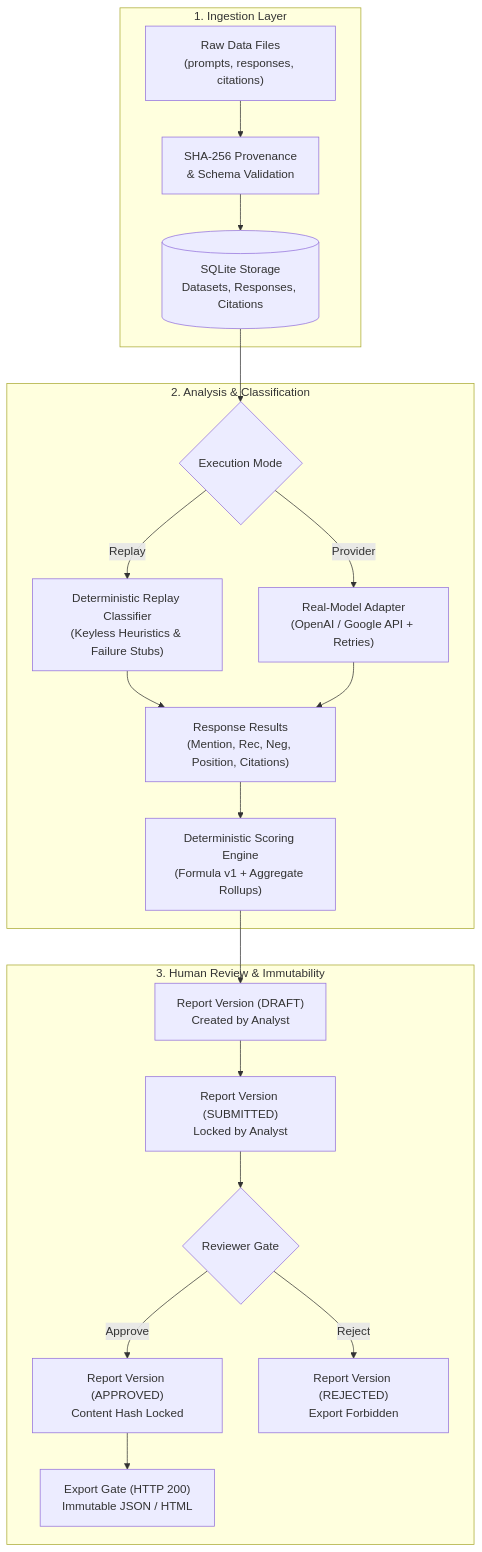
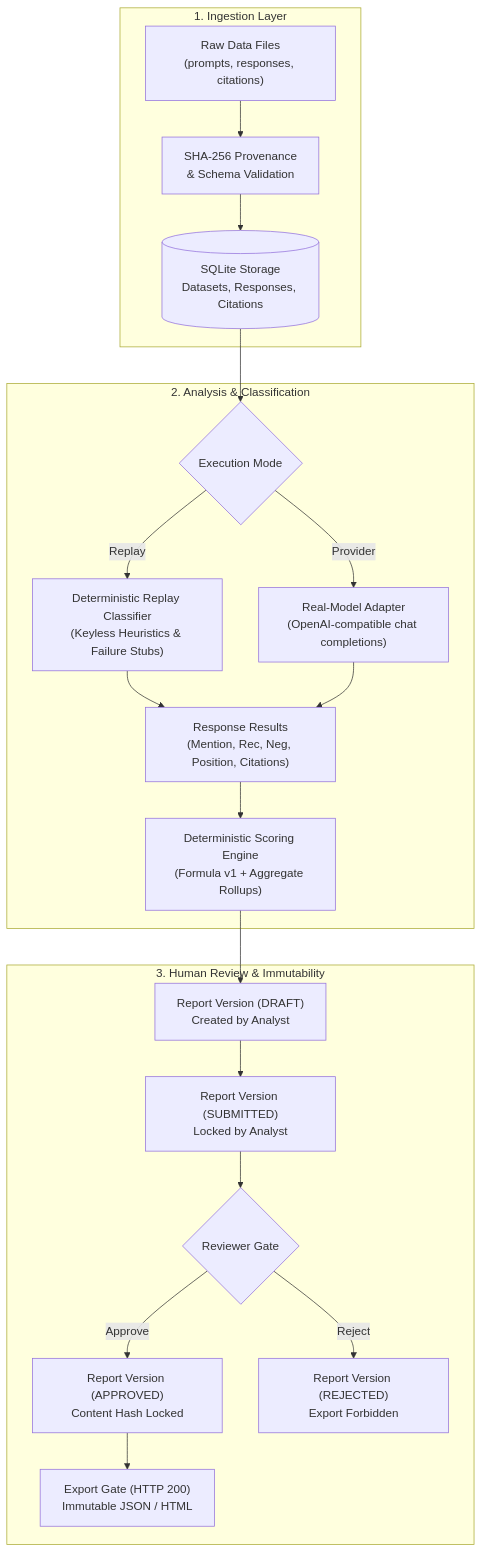
The first of 2 diagrams in docs/ARCHITECTURE.md (Adhi0303/Kasparro-AI-Visibility-Analysis), drawn with Mermaid before and after one commit. The commit also changed other lines of this file, not shown here.

Commit message:
docs: align architecture diagram and directory descriptions

````diff
--- a/docs/ARCHITECTURE.md
+++ b/docs/ARCHITECTURE.md
@@ -7,25 +7,25 @@
 ```mermaid
 flowchart TD
     subgraph Ingestion ["1. Ingestion Layer"]
         RAW["Raw Data Files\n(prompts, responses, citations)"] --> HASH["SHA-256 Provenance\n& Schema Validation"]
         HASH --> DB_INGEST[("SQLite Storage\nDatasets, Responses, Citations")]
     end
 
     subgraph Processing ["2. Analysis & Classification"]
         DB_INGEST --> ROUTER{"Execution Mode"}
         ROUTER -->|"Replay"| REPLAY["Deterministic Replay Classifier\n(Keyless Heuristics & Failure Stubs)"]
-        ROUTER -->|"Provider"| ADAPTER["Real-Model Adapter\n(OpenAI / Google API + Retries)"]
+        ROUTER -->|"Provider"| ADAPTER["Real-Model Adapter\n(OpenAI-compatible chat completions)"]
         REPLAY --> RESULTS["Response Results\n(Mention, Rec, Neg, Position, Citations)"]
         ADAPTER --> RESULTS
         RESULTS --> SCORER["Deterministic Scoring Engine\n(Formula v1 + Aggregate Rollups)"]
     end
 
     subgraph Governance ["3. Human Review & Immutability"]
         SCORER --> DRAFT["Report Version (DRAFT)\nCreated by Analyst"]
         DRAFT --> SUBMIT["Report Version (SUBMITTED)\nLocked by Analyst"]
         SUBMIT --> DECISION{"Reviewer Gate"}
         DECISION -->|"Approve"| APPROVED["Report Version (APPROVED)\nContent Hash Locked"]
         DECISION -->|"Reject"| REJECTED["Report Version (REJECTED)\nExport Forbidden"]
         APPROVED --> EXPORT["Export Gate (HTTP 200)\nImmutable JSON / HTML"]
     end
 ```
````
